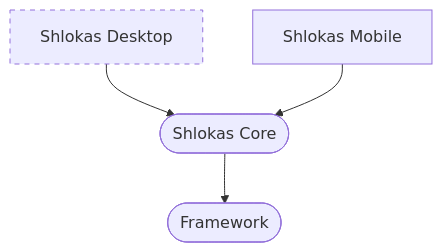
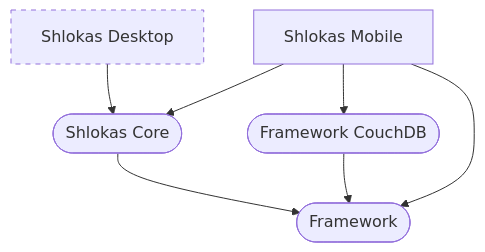
Before and after one commit to akdasa-studios/shlokas: the diagram in docs/architecture.md, drawn with Mermaid. The commit also changed 30 other files, not shown here.

````diff
--- a/docs/architecture.md
+++ b/docs/architecture.md
@@ -3,13 +3,16 @@
 ```mermaid
 graph TD;
 
 ShlokasDesktop["Shlokas Desktop"]-->ShlokasCore(["Shlokas Core"]);
 ShlokasMobile["Shlokas Mobile"]-->ShlokasCore(["Shlokas Core"]);
+ShlokasMobile["Shlokas Mobile"]-->FrameworkCouchDB(["Framework CouchDB"]);
 ShlokasCore-->Framework(["Framework"]);
+FrameworkCouchDB-->Framework;
+ShlokasMobile-->Framework;
 
 click ShlokasMobile "https://github.com/akdasa-studios/shlokas"
 click ShlokasCore "https://github.com/akdasa-studios/shlokas-core"
 click Framework "https://github.com/akdasa-studios/framework"
 
 style ShlokasDesktop stroke-dasharray: 5 5
 ```
````
